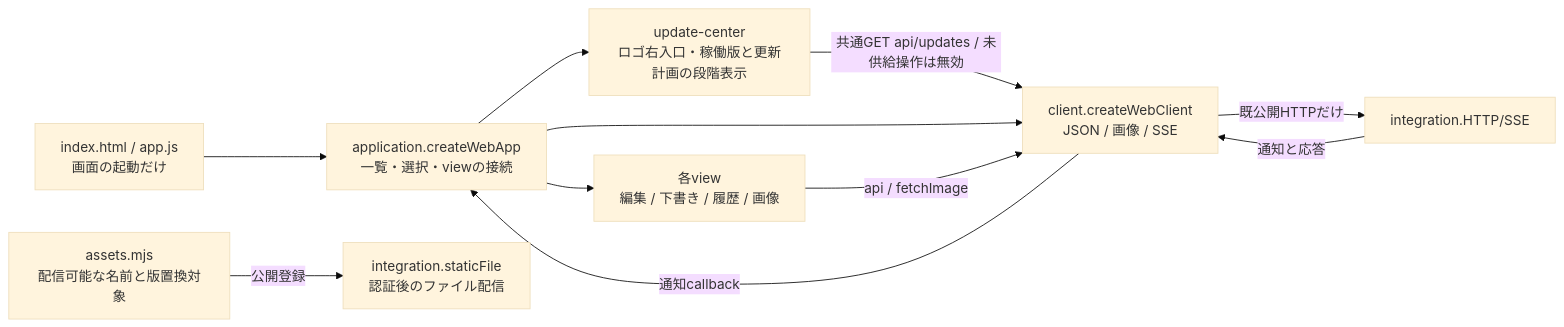
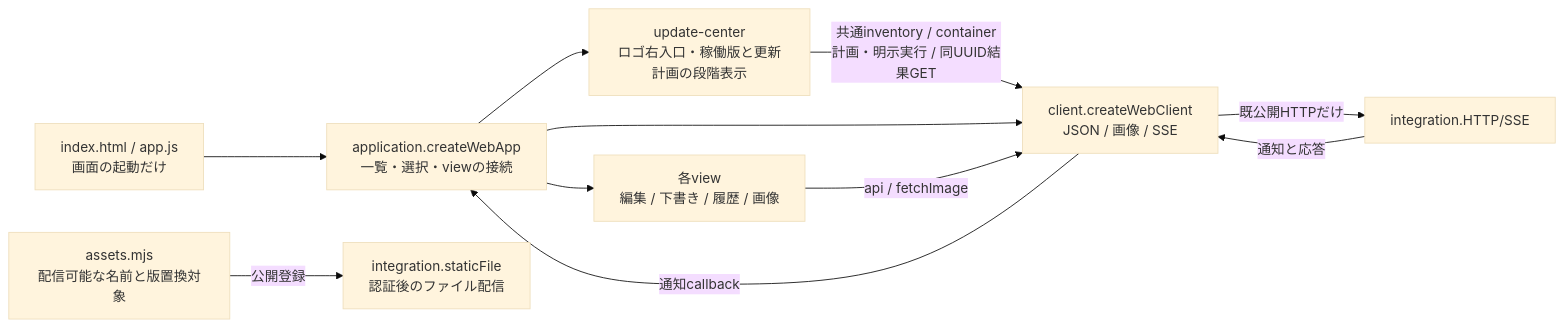
The diagram in docs/architecture/modules/web/README.md (kitepon/BellTeam), drawn with Mermaid (base theme) before and after one commit. The commit also changed other lines of this file and 4 other files, not shown here.

````diff
--- a/docs/architecture/modules/web/README.md
+++ b/docs/architecture/modules/web/README.md
@@ -9,13 +9,13 @@
 ```mermaid
 flowchart LR
   Browser["index.html / app.js<br/>画面の起動だけ"] --> Application["application.createWebApp<br/>一覧・選択・viewの接続"]
   Application --> Views["各view<br/>編集 / 下書き / 履歴 / 画像"]
   Application --> Updates["update-center<br/>ロゴ右入口・稼働版と更新計画の段階表示"]
-  Updates -->|"共通GET api/updates / 未供給操作は無効"| Client
+  Updates -->|"共通inventory / container計画・明示実行 / 同UUID結果GET"| Client
   Application --> Client["client.createWebClient<br/>JSON / 画像 / SSE"]
   Views -->|"api / fetchImage"| Client
   Client -->|"既公開HTTPだけ"| Integration["integration.HTTP/SSE"]
   Integration -->|"通知と応答"| Client
   Client -->|"通知callback"| Application
   Assets["assets.mjs<br/>配信可能な名前と版置換対象"] -->|"公開登録"| Static["integration.staticFile<br/>認証後のファイル配信"]
 ```
````
